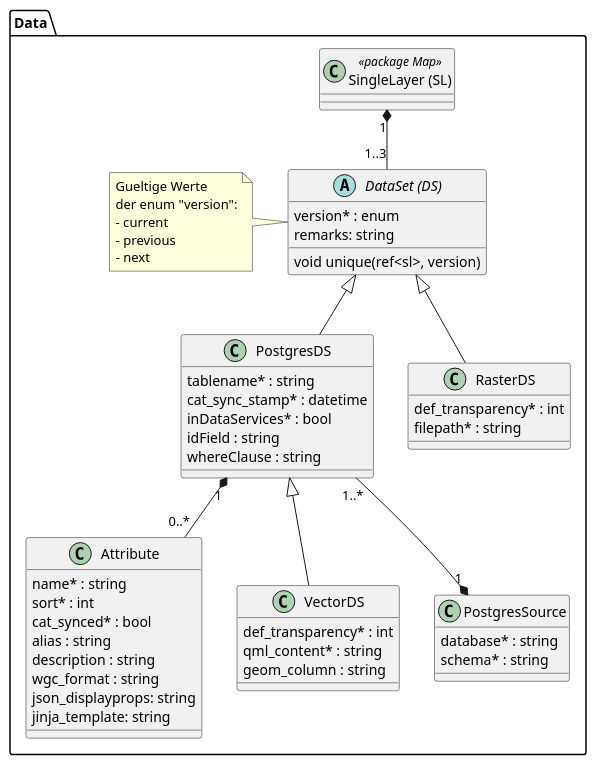
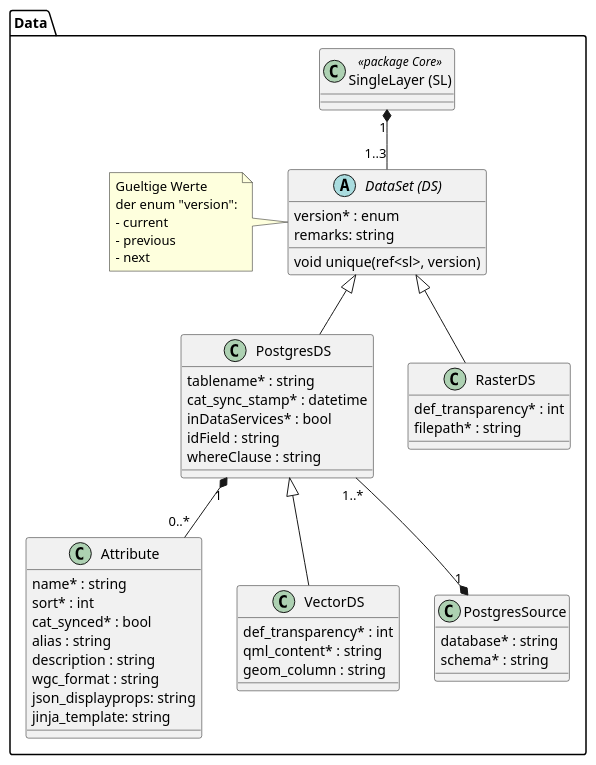
The diagram in puml/src/simi_data.puml (simi-so/mm), drawn with PlantUML before and after one commit. The commit also changed 9 other files, not shown here.

Commit message:
added model part "flow"

```diff
--- a/puml/src/simi_data.puml
+++ b/puml/src/simi_data.puml
@@ -1,67 +1,67 @@
 @startuml
 
 package Data {
 
-  class "SingleLayer (SL)" as sl << package Map >> {
+  class "SingleLayer (SL)" as sl << package Core >> {
   }
 
   abstract class "DataSet (DS)" as ds {
     version* : enum
     remarks: string
     void unique(ref<sl>, version)
   }
 
   note left
     Gueltige Werte
     der enum "version":
     - current
     - previous
     - next
   end note
   
   class "PostgresDS" as pds {
     tablename* : string
     cat_sync_stamp* : datetime
     inDataServices* : bool
     idField : string
     whereClause : string
   }
   
   class "Attribute" as attr {
     name* : string
     sort* : int
     cat_synced* : bool
     alias : string
     description : string
     wgc_format : string
     json_displayprops: string
     jinja_template: string
   }
   
   class "VectorDS" as vds {
     def_transparency* : int
     qml_content* : string
     geom_column : string
   }
   
   class "RasterDS" as rds {
     def_transparency* : int
     filepath* : string
   }
   
   class "PostgresSource" as pgsrc {
     database* : string
     schema* : string
   }
   
   ds <|-- rds
   ds <|-- pds
   pds <|-- vds
 
   sl "1" *-- "1..3" ds
   
   pds "1..*" --* "1" pgsrc
   pds "1" *-- "0..*" attr
 }
 
 @enduml
```
